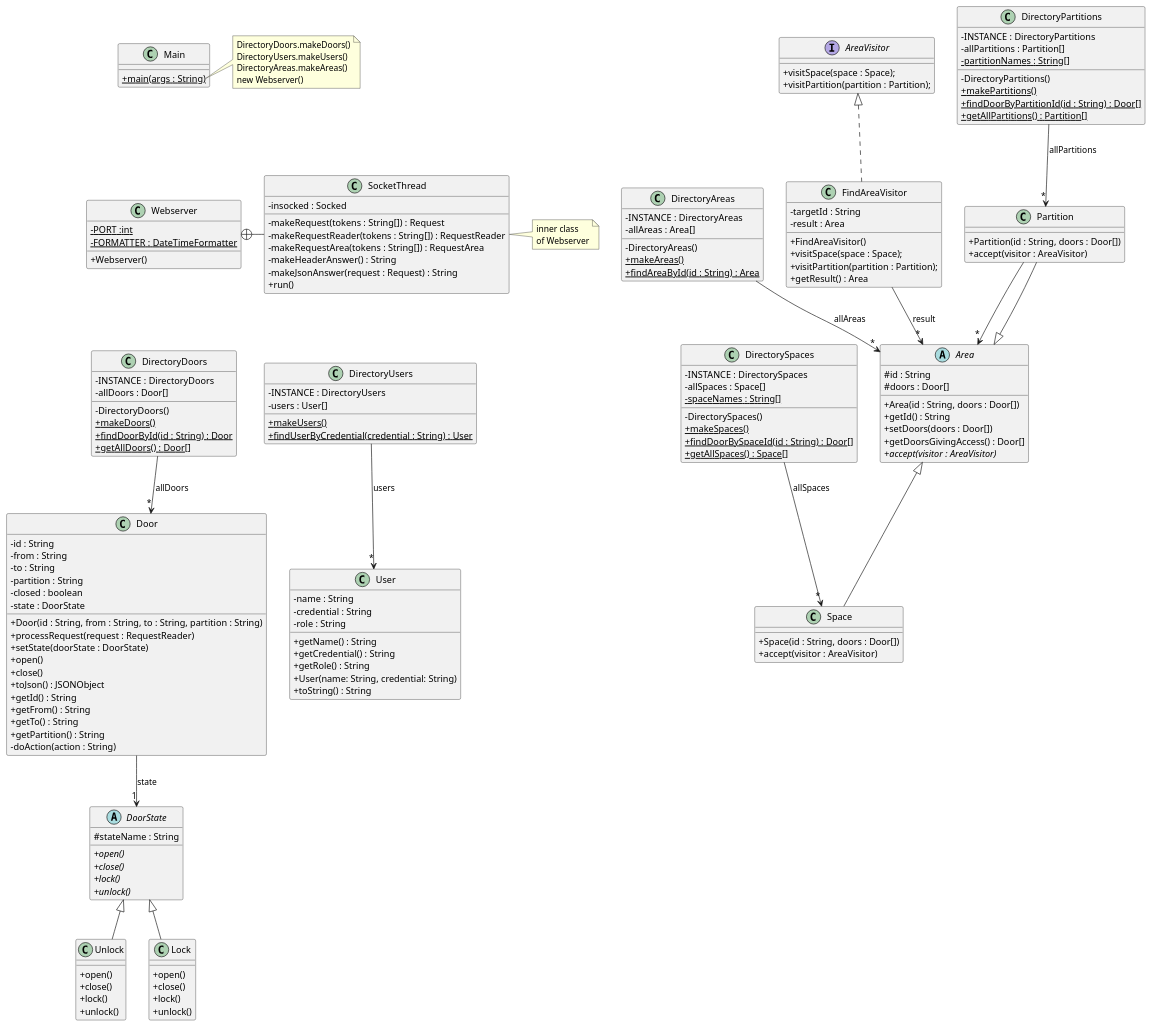
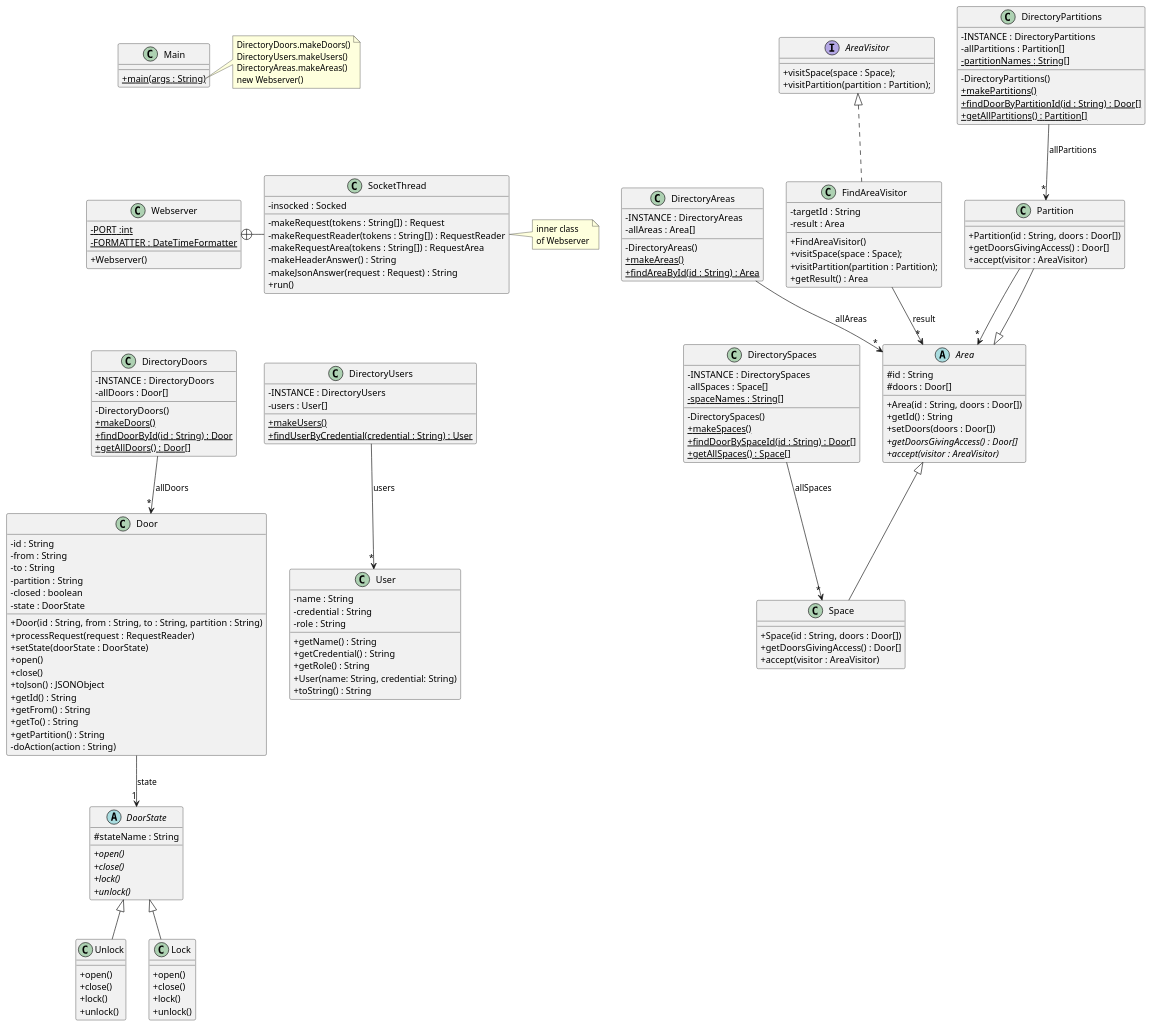
One commit to davidal15/Projecte-DS changed the diagram in src/baseNoStates/uml/base_no_states.puml. Above: the diagram before and after it, drawn with PlantUML. The commit also changed 8 other files, not shown here.

```diff
--- a/src/baseNoStates/uml/base_no_states.puml
+++ b/src/baseNoStates/uml/base_no_states.puml
@@ -1,196 +1,198 @@
 @startuml
 'https://plantuml.com/class-diagram
 skinparam classAttributeIconSize 0
 
 class Webserver {
 - {static} PORT :int
 - {static} FORMATTER : DateTimeFormatter
 + Webserver()
 }
 
 class SocketThread {
 - insocked : Socked
 - makeRequest(tokens : String[]) : Request
 - makeRequestReader(tokens : String[]) : RequestReader
 - makeRequestArea(tokens : String[]) : RequestArea
 - makeHeaderAnswer() : String
 - makeJsonAnswer(request : Request) : String
 + run()
 }
 
 Webserver +-right- SocketThread
 
 note right of SocketThread
 inner class
 of Webserver
 end note
 
 class DirectoryDoors {
 - INSTANCE : DirectoryDoors
 - allDoors : Door[]
 - DirectoryDoors()
 + {static} makeDoors()
 + {static} findDoorById(id : String) : Door
 + {static} getAllDoors() : Door[]
 }
 
 DirectoryDoors --> "*" Door : "allDoors"
 Partition --> "*" Area
 
 class DirectoryUsers {
 - INSTANCE : DirectoryUsers
 - users : User[]
 + {static} makeUsers()
 + {static} findUserByCredential(credential : String) : User
 }
 
 DirectoryUsers --> "*" User : "users"
 
 class DirectorySpaces {
 - INSTANCE : DirectorySpaces
 - allSpaces : Space[]
 -{static} spaceNames : String[]
 - DirectorySpaces()
 +{static} makeSpaces()
 +{static} findDoorBySpaceId(id : String) : Door[]
 +{static} getAllSpaces() : Space[]
 }
 
 DirectorySpaces --> "*" Space : "allSpaces"
 
 class DirectoryPartitions {
 - INSTANCE : DirectoryPartitions
 - allPartitions : Partition[]
 -{static} partitionNames : String[]
 - DirectoryPartitions()
 +{static} makePartitions()
 +{static} findDoorByPartitionId(id : String) : Door[]
 +{static} getAllPartitions() : Partition[]
 }
 
 DirectoryPartitions --> "*" Partition : "allPartitions"
 
 class DirectoryAreas {
 - INSTANCE : DirectoryAreas
 - allAreas : Area[]
 - DirectoryAreas()
 + {static} makeAreas()
 + {static} findAreaById(id : String) : Area
 
 
 }
 
 DirectoryAreas --> "*" Area : "allAreas"
 
 
 class Door {
 - id : String
 - from : String
 - to : String
 - partition : String
 - closed : boolean
 - state : DoorState
 + Door(id : String, from : String, to : String, partition : String)
 + processRequest(request : RequestReader)
 + setState(doorState : DoorState)
 + open()
 + close()
 + toJson() : JSONObject
 + getId() : String
 + getFrom() : String
 + getTo() : String
 + getPartition() : String
 '+ toString() : String
 '+ isClosed() :boolean
 '+ setClosed(b : boolean)
 '+ getStateName() : String
 - doAction(action : String)
 }
 
 abstract class DoorState {
 # stateName : String
 + {abstract} open()
 + {abstract} close()
 + {abstract} lock()
 + {abstract} unlock()
 }
 
 Door --> "1" DoorState : state
 
 class Unlock extends DoorState {
 + open()
 + close()
 + lock()
 + unlock()
 }
 
 class Lock extends DoorState {
 + open()
 + close()
 + lock()
 + unlock()
 }
 
 class User {
 - name : String
 - credential : String
 - role : String
 + getName() : String
 + getCredential() : String
 + getRole() : String
 + User(name: String, credential: String)
 + toString() : String
 }
 
 class Space extends Area{
 + Space(id : String, doors : Door[])
++ getDoorsGivingAccess() : Door[]
 + accept(visitor : AreaVisitor)
 }
 
 class Partition extends Area{
 + Partition(id : String, doors : Door[])
++ getDoorsGivingAccess() : Door[]
 + accept(visitor : AreaVisitor)
 }
 
 abstract class Area {
 # id : String
 # doors : Door[]
 + Area(id : String, doors : Door[])
 + getId() : String
 + setDoors(doors : Door[])
-+ getDoorsGivingAccess() : Door[]
++ {abstract} getDoorsGivingAccess() : Door[]
 + {abstract} accept(visitor : AreaVisitor)
 }
 
 interface AreaVisitor {
 + visitSpace(space : Space);
 + visitPartition(partition : Partition);
 }
 
 class FindAreaVisitor implements AreaVisitor {
 - targetId : String
 - result : Area
 + FindAreaVisitor()
 + visitSpace(space : Space);
 + visitPartition(partition : Partition);
 + getResult() : Area
 }
 
 FindAreaVisitor --> "*" Area : result
 
 
 class Main {
 + {static} main(args : String)
 }
 
 note right of Main::main
 DirectoryDoors.makeDoors()
 DirectoryUsers.makeUsers()
 DirectoryAreas.makeAreas()
 new Webserver()
 end note
 
 Main -[hidden]down- Webserver
 Webserver -[hidden]down- DirectoryDoors
 DirectoryDoors -[hidden]right- DirectoryUsers
 @enduml
```
